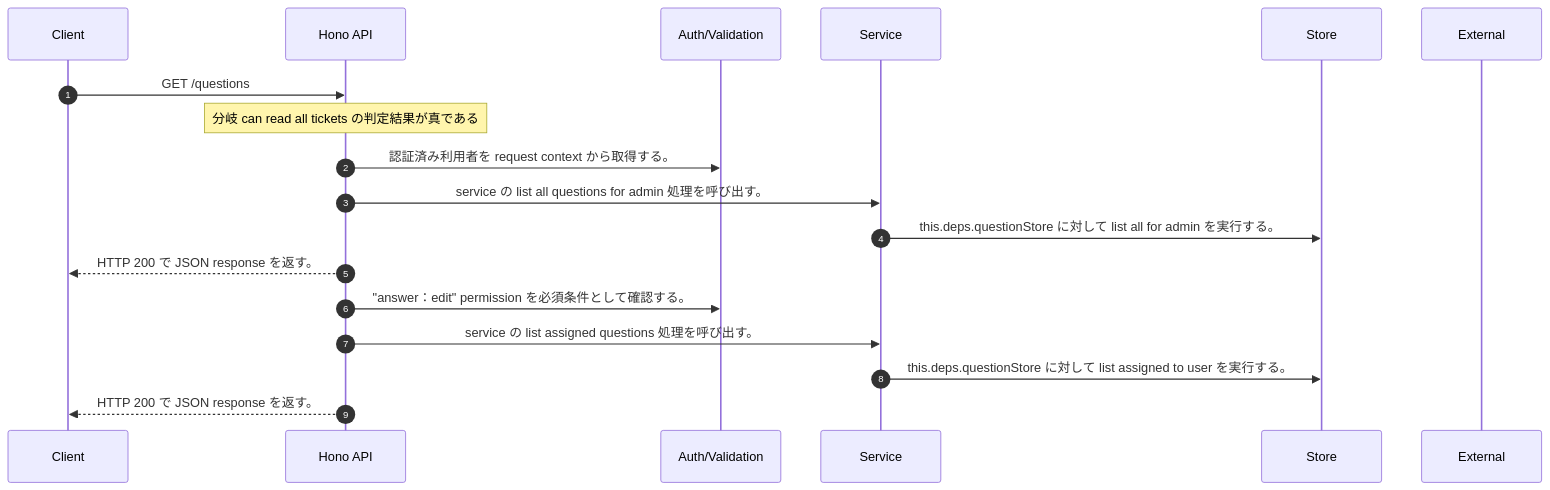
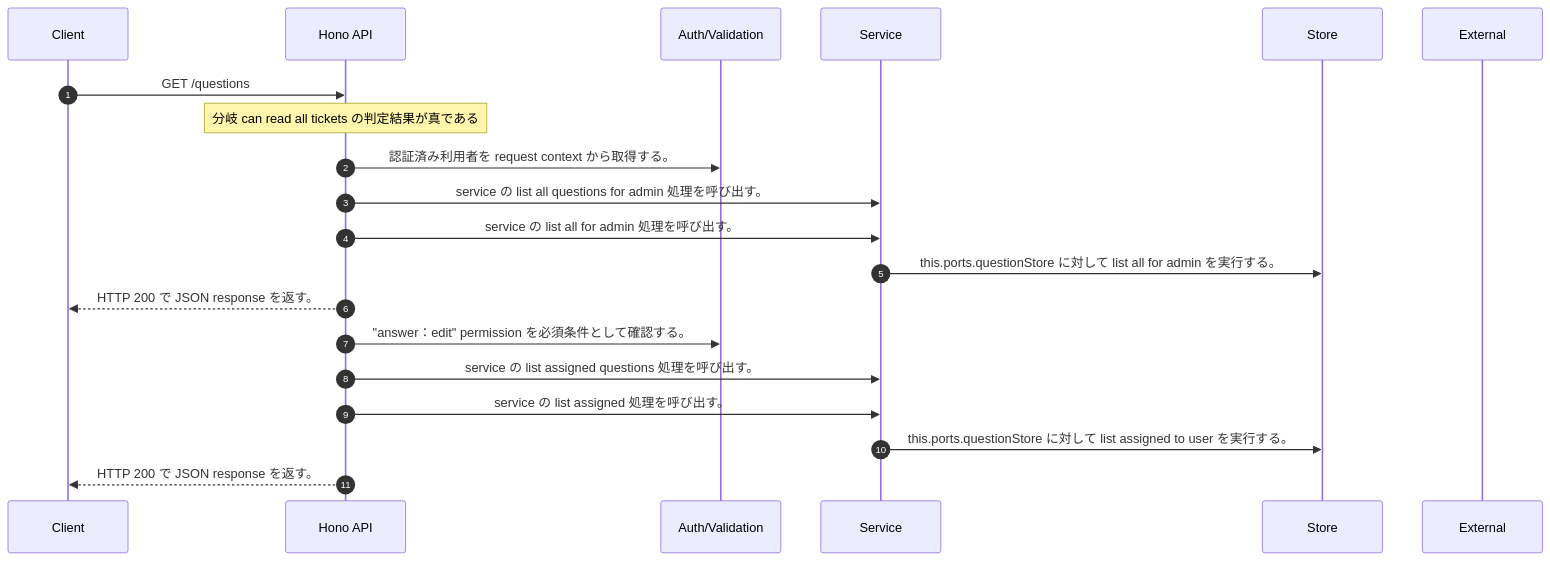
Before and after one commit to tsuji-tomonori/rag-assist: the diagram in docs/generated/api-code/get-questions/sequence_gen.md, drawn with Mermaid. The commit also changed other lines of this file and 311 other files, not shown here.

First line of the commit message:
♻️ refactor(api): question lifecycleをnarrow portへ分離

````diff
--- a/docs/generated/api-code/get-questions/sequence_gen.md
+++ b/docs/generated/api-code/get-questions/sequence_gen.md
@@ -7,20 +7,22 @@
 ```mermaid
 sequenceDiagram
   autonumber
   participant Client as Client
   participant API as Hono API
   participant Auth as Auth/Validation
   participant Service as Service
   participant Store as Store
   participant External as External
   Client->>API: GET /questions
   Note over API: 分岐 can read all tickets の判定結果が真である
   API->>Auth: 認証済み利用者を request context から取得する。
   API->>Service: service の list all questions for admin 処理を呼び出す。
-  Service->>Store: this.deps.questionStore に対して list all for admin を実行する。
+  API->>Service: service の list all for admin 処理を呼び出す。
+  Service->>Store: this.ports.questionStore に対して list all for admin を実行する。
   API-->>Client: HTTP 200 で JSON response を返す。
   API->>Auth: "answer：edit" permission を必須条件として確認する。
   API->>Service: service の list assigned questions 処理を呼び出す。
-  Service->>Store: this.deps.questionStore に対して list assigned to user を実行する。
+  API->>Service: service の list assigned 処理を呼び出す。
+  Service->>Store: this.ports.questionStore に対して list assigned to user を実行する。
   API-->>Client: HTTP 200 で JSON response を返す。
 ```
````
